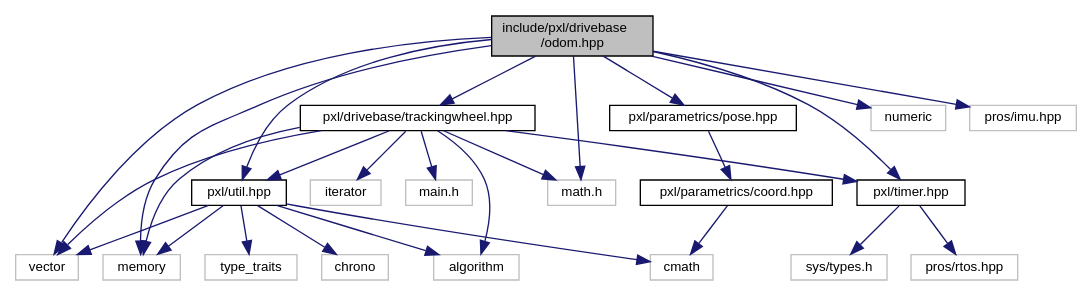
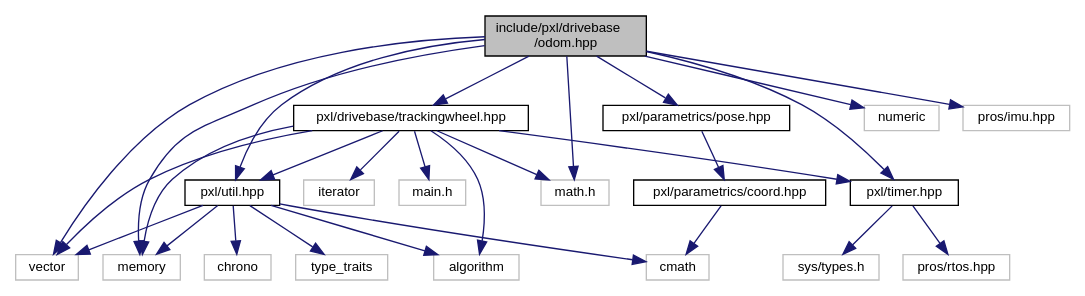
The diagram in odom_8hpp__incl.dot (Pixel-Lib/Pixel), drawn with Graphviz before and after one commit. The commit also changed 130 other files, not shown here.

```diff
--- a/odom_8hpp__incl.dot
+++ b/odom_8hpp__incl.dot
@@ -1,52 +1,52 @@
 digraph "include/pxl/drivebase/odom.hpp"
 {
  // LATEX_PDF_SIZE
   edge [fontname="Helvetica",fontsize="10",labelfontname="Helvetica",labelfontsize="10"];
   node [fontname="Helvetica",fontsize="10",shape=record];
   Node1 [label="include/pxl/drivebase\l/odom.hpp",height=0.2,width=0.4,color="black", fillcolor="grey75", style="filled", fontcolor="black",tooltip=" "];
   Node1 -> Node2 [color="midnightblue",fontsize="10",style="solid",fontname="Helvetica"];
   Node2 [label="memory",height=0.2,width=0.4,color="grey75", fillcolor="white", style="filled",tooltip=" "];
   Node1 -> Node3 [color="midnightblue",fontsize="10",style="solid",fontname="Helvetica"];
   Node3 [label="numeric",height=0.2,width=0.4,color="grey75", fillcolor="white", style="filled",tooltip=" "];
   Node1 -> Node4 [color="midnightblue",fontsize="10",style="solid",fontname="Helvetica"];
   Node4 [label="vector",height=0.2,width=0.4,color="grey75", fillcolor="white", style="filled",tooltip=" "];
   Node1 -> Node5 [color="midnightblue",fontsize="10",style="solid",fontname="Helvetica"];
   Node5 [label="math.h",height=0.2,width=0.4,color="grey75", fillcolor="white", style="filled",tooltip=" "];
   Node1 -> Node6 [color="midnightblue",fontsize="10",style="solid",fontname="Helvetica"];
   Node6 [label="pros/imu.hpp",height=0.2,width=0.4,color="grey75", fillcolor="white", style="filled",tooltip=" "];
   Node1 -> Node7 [color="midnightblue",fontsize="10",style="solid",fontname="Helvetica"];
   Node7 [label="pxl/drivebase/trackingwheel.hpp",height=0.2,width=0.4,color="black", fillcolor="white", style="filled",URL="$trackingwheel_8hpp.html",tooltip=" "];
   Node7 -> Node8 [color="midnightblue",fontsize="10",style="solid",fontname="Helvetica"];
   Node8 [label="algorithm",height=0.2,width=0.4,color="grey75", fillcolor="white", style="filled",tooltip=" "];
   Node7 -> Node9 [color="midnightblue",fontsize="10",style="solid",fontname="Helvetica"];
   Node9 [label="iterator",height=0.2,width=0.4,color="grey75", fillcolor="white", style="filled",tooltip=" "];
   Node7 -> Node2 [color="midnightblue",fontsize="10",style="solid",fontname="Helvetica"];
   Node7 -> Node4 [color="midnightblue",fontsize="10",style="solid",fontname="Helvetica"];
   Node7 -> Node10 [color="midnightblue",fontsize="10",style="solid",fontname="Helvetica"];
   Node10 [label="main.h",height=0.2,width=0.4,color="grey75", fillcolor="white", style="filled",tooltip=" "];
   Node7 -> Node5 [color="midnightblue",fontsize="10",style="solid",fontname="Helvetica"];
   Node7 -> Node11 [color="midnightblue",fontsize="10",style="solid",fontname="Helvetica"];
   Node11 [label="pxl/timer.hpp",height=0.2,width=0.4,color="black", fillcolor="white", style="filled",URL="$timer_8hpp.html",tooltip=" "];
   Node11 -> Node12 [color="midnightblue",fontsize="10",style="solid",fontname="Helvetica"];
   Node12 [label="sys/types.h",height=0.2,width=0.4,color="grey75", fillcolor="white", style="filled",tooltip=" "];
   Node11 -> Node13 [color="midnightblue",fontsize="10",style="solid",fontname="Helvetica"];
   Node13 [label="pros/rtos.hpp",height=0.2,width=0.4,color="grey75", fillcolor="white", style="filled",tooltip=" "];
   Node7 -> Node14 [color="midnightblue",fontsize="10",style="solid",fontname="Helvetica"];
   Node14 [label="pxl/util.hpp",height=0.2,width=0.4,color="black", fillcolor="white", style="filled",URL="$util_8hpp.html",tooltip=" "];
   Node14 -> Node8 [color="midnightblue",fontsize="10",style="solid",fontname="Helvetica"];
   Node14 -> Node15 [color="midnightblue",fontsize="10",style="solid",fontname="Helvetica"];
-  Node15 [label="cmath",height=0.2,width=0.4,color="grey75", fillcolor="white", style="filled",tooltip=" "];
+  Node15 [label="chrono",height=0.2,width=0.4,color="grey75", fillcolor="white", style="filled",tooltip=" "];
+  Node14 -> Node16 [color="midnightblue",fontsize="10",style="solid",fontname="Helvetica"];
+  Node16 [label="cmath",height=0.2,width=0.4,color="grey75", fillcolor="white", style="filled",tooltip=" "];
   Node14 -> Node2 [color="midnightblue",fontsize="10",style="solid",fontname="Helvetica"];
-  Node14 -> Node16 [color="midnightblue",fontsize="10",style="solid",fontname="Helvetica"];
-  Node16 [label="type_traits",height=0.2,width=0.4,color="grey75", fillcolor="white", style="filled",tooltip=" "];
+  Node14 -> Node17 [color="midnightblue",fontsize="10",style="solid",fontname="Helvetica"];
+  Node17 [label="type_traits",height=0.2,width=0.4,color="grey75", fillcolor="white", style="filled",tooltip=" "];
   Node14 -> Node4 [color="midnightblue",fontsize="10",style="solid",fontname="Helvetica"];
-  Node14 -> Node17 [color="midnightblue",fontsize="10",style="solid",fontname="Helvetica"];
-  Node17 [label="chrono",height=0.2,width=0.4,color="grey75", fillcolor="white", style="filled",tooltip=" "];
   Node1 -> Node18 [color="midnightblue",fontsize="10",style="solid",fontname="Helvetica"];
   Node18 [label="pxl/parametrics/pose.hpp",height=0.2,width=0.4,color="black", fillcolor="white", style="filled",URL="$pose_8hpp.html",tooltip=" "];
   Node18 -> Node19 [color="midnightblue",fontsize="10",style="solid",fontname="Helvetica"];
   Node19 [label="pxl/parametrics/coord.hpp",height=0.2,width=0.4,color="black", fillcolor="white", style="filled",URL="$coord_8hpp.html",tooltip=" "];
-  Node19 -> Node15 [color="midnightblue",fontsize="10",style="solid",fontname="Helvetica"];
+  Node19 -> Node16 [color="midnightblue",fontsize="10",style="solid",fontname="Helvetica"];
   Node1 -> Node11 [color="midnightblue",fontsize="10",style="solid",fontname="Helvetica"];
   Node1 -> Node14 [color="midnightblue",fontsize="10",style="solid",fontname="Helvetica"];
 }
```
